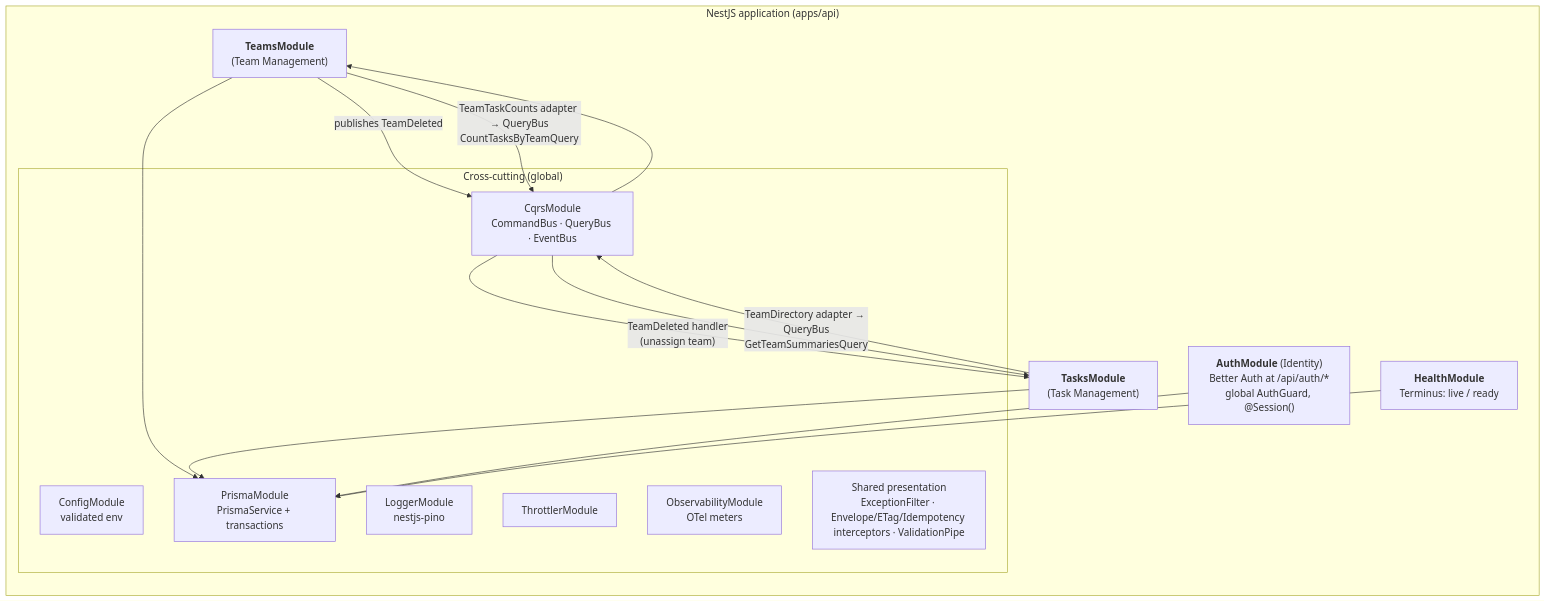
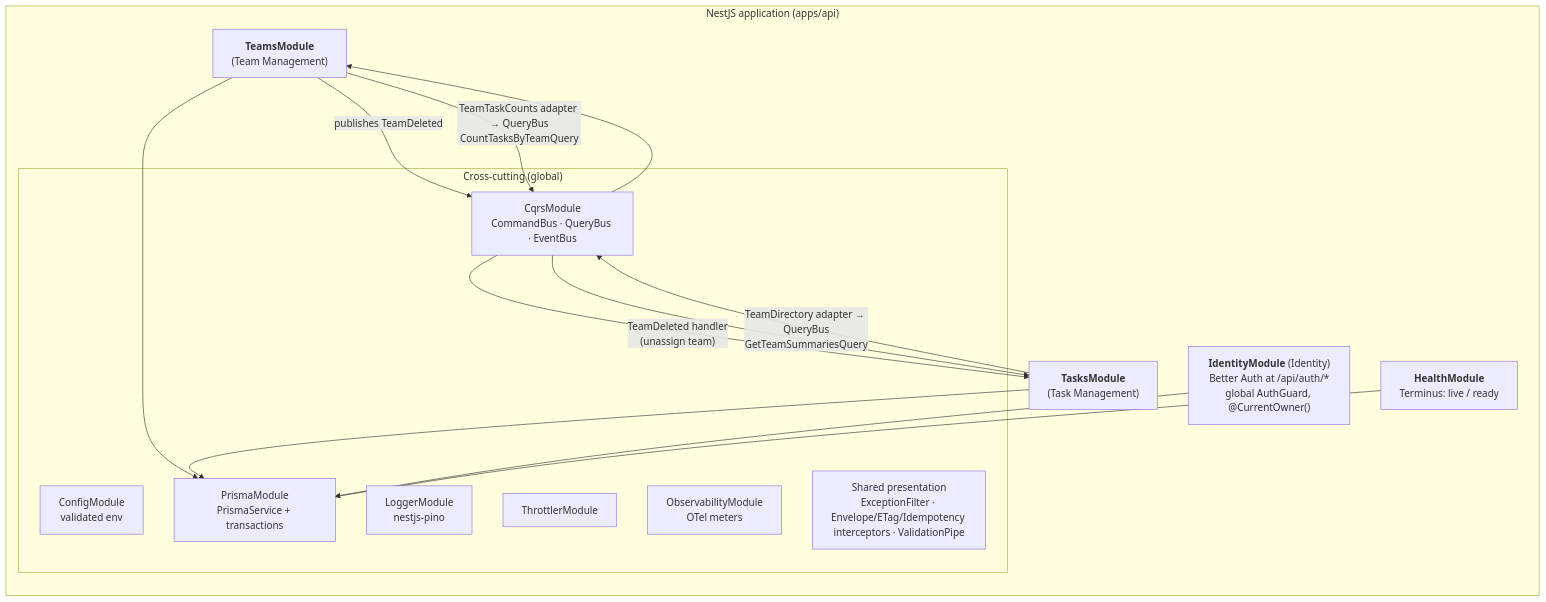
One commit to rodriguesdenis/hitss changed the third of 6 diagrams in docs/architecture/overview.md. Above: the diagram before and after it, drawn with Mermaid. The commit also changed other lines of this file and 3 other files, not shown here.

First line of the commit message:
docs: refine architecture after cross-review

````diff
--- a/docs/architecture/overview.md
+++ b/docs/architecture/overview.md
@@ -78,30 +78,30 @@
 ```mermaid
 flowchart TB
   subgraph api["NestJS application (apps/api)"]
     direction TB
     subgraph cross["Cross-cutting (global)"]
       cfg["ConfigModule<br/>validated env"]
       log["LoggerModule<br/>nestjs-pino"]
       thr["ThrottlerModule"]
       obsm["ObservabilityModule<br/>OTel meters"]
       prisma["PrismaModule<br/>PrismaService + transactions"]
       cqrs["CqrsModule<br/>CommandBus · QueryBus · EventBus"]
       http["Shared presentation<br/>ExceptionFilter · Envelope/ETag/Idempotency interceptors · ValidationPipe"]
     end
-    auth["<b>AuthModule</b> (Identity)<br/>Better Auth at /api/auth/*<br/>global AuthGuard, @Session()"]
+    auth["<b>IdentityModule</b> (Identity)<br/>Better Auth at /api/auth/*<br/>global AuthGuard, @CurrentOwner()"]
     teams["<b>TeamsModule</b><br/>(Team Management)"]
     tasks["<b>TasksModule</b><br/>(Task Management)"]
     health["<b>HealthModule</b><br/>Terminus: live / ready"]
   end
 
   teams -- "publishes TeamDeleted" --> cqrs
   cqrs -- "TeamDeleted handler<br/>(unassign team)" --> tasks
   tasks -- "TeamDirectory adapter → QueryBus<br/>GetTeamSummariesQuery" --> cqrs
   cqrs --> teams
   teams -- "TeamTaskCounts adapter → QueryBus<br/>CountTasksByTeamQuery" --> cqrs
   cqrs --> tasks
   teams --> prisma
   tasks --> prisma
   auth --> prisma
   health --> prisma
 ```
````
